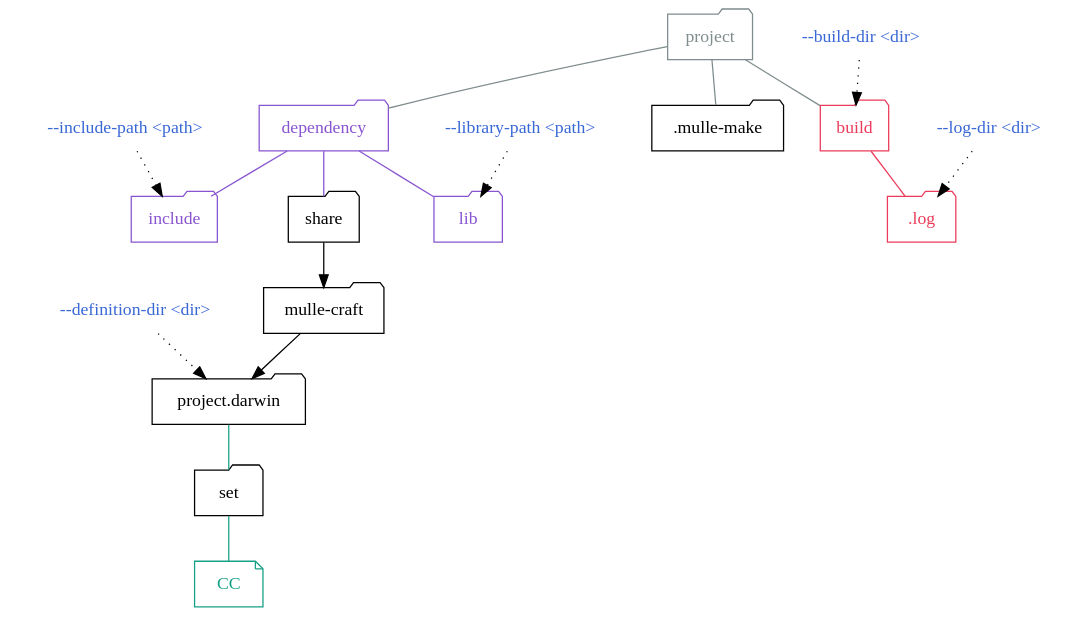
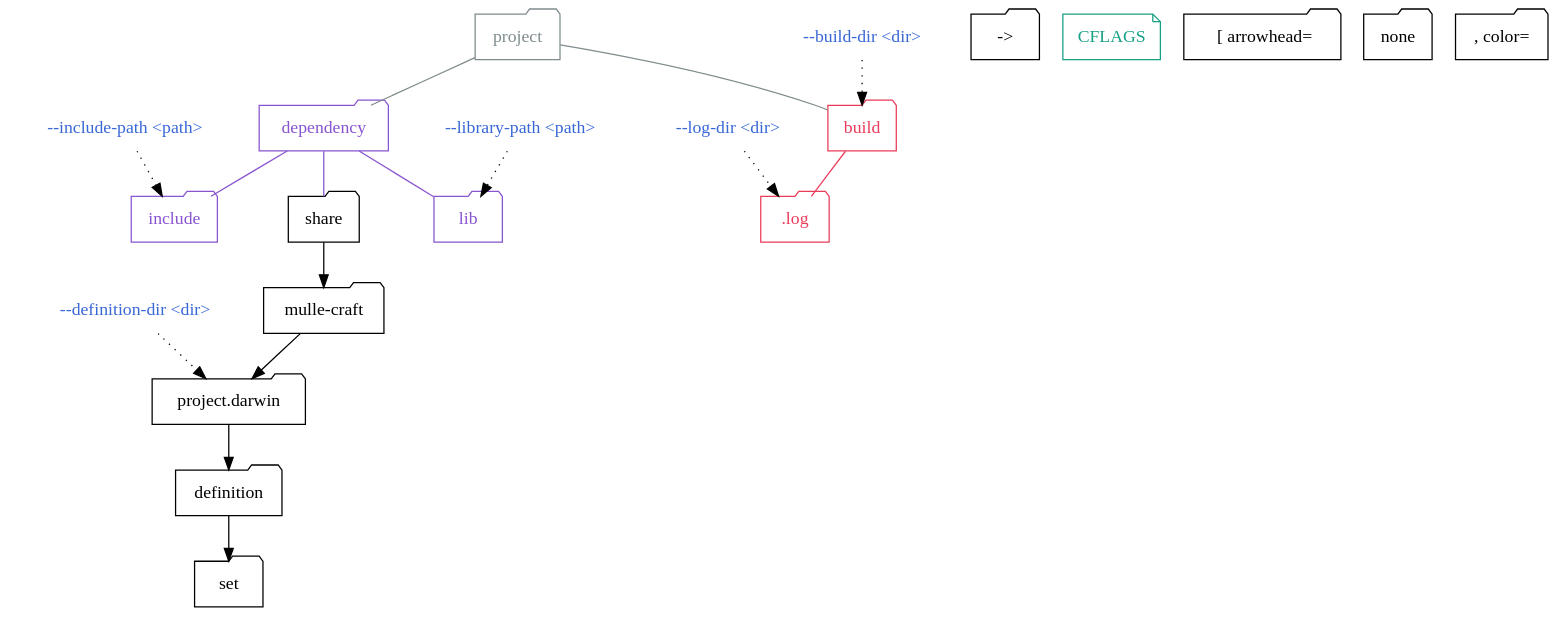
Before and after one commit to mulle-sde/mulle-make: the diagram in dox/overview.dot, drawn with Graphviz. The commit also changed 3 other files, not shown here.

```diff
--- a/dox/overview.dot
+++ b/dox/overview.dot
@@ -1,41 +1,40 @@
 digraph G {
     graph [rankdir = TD];
 
     node[ shape=folder];
 
     "--definition-dir <dir>"                  [ shape="none", fontcolor="#3867d6" ]
     "--definition-dir <dir>" -> "project.darwin"  [ style="dotted"]
 
     "--build-dir <dir>"                  [ shape="none", fontcolor="#3867d6" ]
     "--build-dir <dir>" -> "build"       [ style="dotted"]
 
     "--log-dir <dir>"                    [ shape="none", fontcolor="#3867d6" ]
     "--log-dir <dir>" -> ".log"          [ style="dotted"]
 
     "--include-path <path>"              [ shape="none", fontcolor="#3867d6" ]
     "--include-path <path>" -> "include" [ style="dotted"]
 
     "--library-path <path>"              [ shape="none", fontcolor="#3867d6" ]
     "--library-path <path>" -> "lib"     [ style="dotted"]
 
     ".log"                           [ color="#eb3b5a", fontcolor="#eb3b5a" ]
     "build"                          [ color="#16a085", fontcolor="#16a085" ]
     "build"                          [ color="#eb3b5a", fontcolor="#eb3b5a" ]
     "dependency"                     [ color="#8854d0", fontcolor="#8854d0" ]
     "include"                        [ color="#8854d0", fontcolor="#8854d0" ]
     "lib"                            [ color="#8854d0", fontcolor="#8854d0" ]
     "project"                            [ color="#7f8c8d", fontcolor="#7f8c8d" ]
 
-    "project"        -> ".mulle-make"   [ arrowhead="none", color="#7f8c8d" ]
     "project"        -> "build"         [ arrowhead="none", color="#7f8c8d" ]
     "project"        -> "dependency"    [ arrowhead="none", color="#7f8c8d" ]
     "dependency" -> "lib"           [ arrowhead="none", color="#8854d0" ]
     "dependency" -> "include"       [ arrowhead="none", color="#8854d0" ]
     "dependency" -> "share"         [ arrowhead="none", color="#8854d0" ]
     "build"      -> ".log"               [ arrowhead="none", color="#eb3b5a" ]
 
     "share" -> "mulle-craft" -> "project.darwin"
-    "project.darwin" -> "set" -> "CC"             [ arrowhead="none", color="#16a085" ]
+    "project.darwin" -> "definition" -> set" -> "CFLAGS"  [ arrowhead="none", color="#16a085" ]
 
-    "CC"            [ shape="note", color="#16a085", fontcolor="#16a085" ]
+    "CFLAGS"            [ shape="note", color="#16a085", fontcolor="#16a085" ]
 }
```
